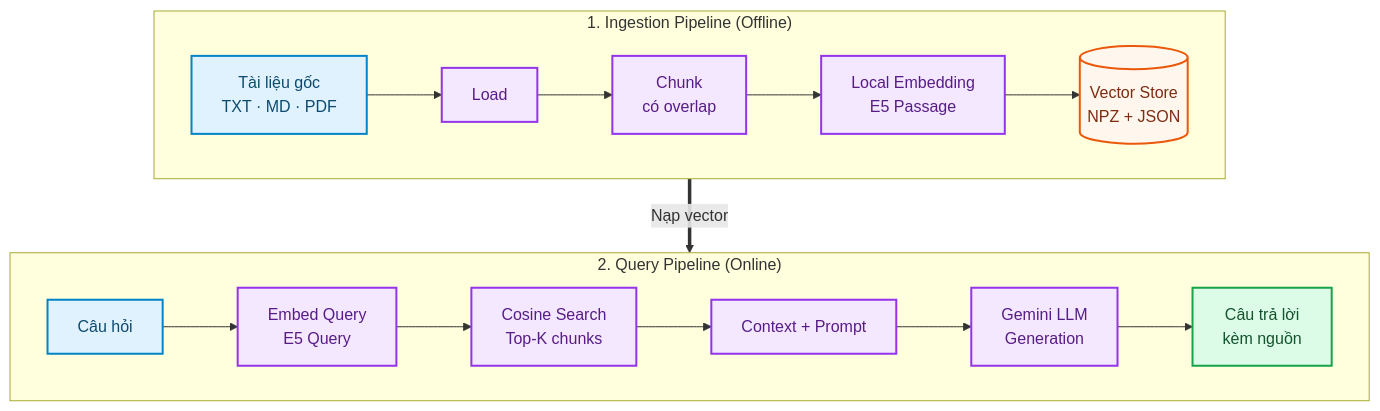
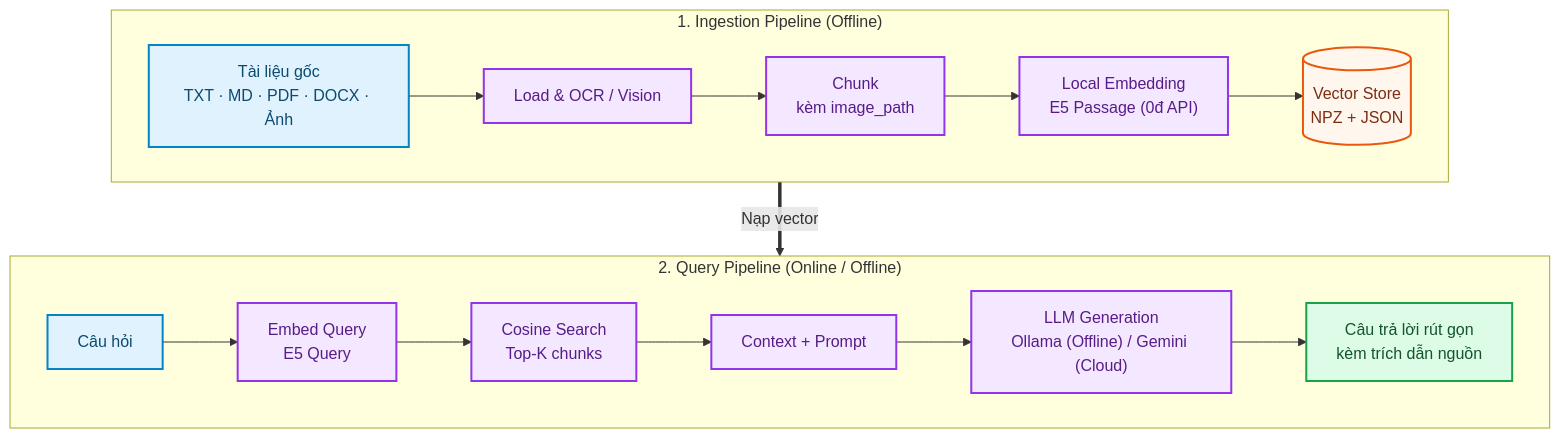
Before and after one commit to QuocTien004/RAG-from-zero: the first of 3 diagrams in README.md, drawn with Mermaid. The commit also changed other lines of this file, not shown here.

Commit message:
docs: overhaul README with dual LLM provider, DOCX support, and multimodal guides

````diff
--- a/README.md
+++ b/README.md
@@ -35,30 +35,30 @@
 ```mermaid
 flowchart TD
     subgraph OFFLINE["1. Ingestion Pipeline (Offline)"]
         direction LR
-        RAW["Tài liệu gốc<br/>TXT · MD · PDF"] --> LOAD["Load"]
-        LOAD --> CHUNK["Chunk<br/>có overlap"]
-        CHUNK --> DOCEMBED["Local Embedding<br/>E5 Passage"]
+        RAW["Tài liệu gốc<br/>TXT · MD · PDF · DOCX · Ảnh"] --> LOAD["Load & OCR / Vision"]
+        LOAD --> CHUNK["Chunk<br/>kèm image_path"]
+        CHUNK --> DOCEMBED["Local Embedding<br/>E5 Passage (0đ API)"]
         DOCEMBED --> STORE[("Vector Store<br/>NPZ + JSON")]
     end
 
-    subgraph ONLINE["2. Query Pipeline (Online)"]
+    subgraph ONLINE["2. Query Pipeline (Online / Offline)"]
         direction LR
         QUESTION["Câu hỏi"] --> QEMBED["Embed Query<br/>E5 Query"]
         QEMBED --> RETRIEVE["Cosine Search<br/>Top-K chunks"]
         RETRIEVE --> CONTEXT["Context + Prompt"]
-        CONTEXT --> GEMINI["Gemini LLM<br/>Generation"]
-        GEMINI --> ANSWER["Câu trả lời<br/>kèm nguồn"]
+        CONTEXT --> LLM["LLM Generation<br/>Ollama (Offline) / Gemini (Cloud)"]
+        LLM --> ANSWER["Câu trả lời rút gọn<br/>kèm trích dẫn nguồn"]
     end
 
     STORE ==>|Nạp vector| RETRIEVE
 
     classDef input fill:#E0F2FE,stroke:#0284C7,color:#0C4A6E,stroke-width:2px;
     classDef process fill:#F3E8FF,stroke:#9333EA,color:#581C87,stroke-width:2px;
     classDef storage fill:#FFF7ED,stroke:#EA580C,color:#7C2D12,stroke-width:2px;
     classDef output fill:#DCFCE7,stroke:#16A34A,color:#14532D,stroke-width:2px;
     class RAW,QUESTION input;
-    class LOAD,CHUNK,DOCEMBED,QEMBED,RETRIEVE,CONTEXT,GEMINI process;
+    class LOAD,CHUNK,DOCEMBED,QEMBED,RETRIEVE,CONTEXT,LLM process;
     class STORE storage;
     class ANSWER output;
 ```
````
